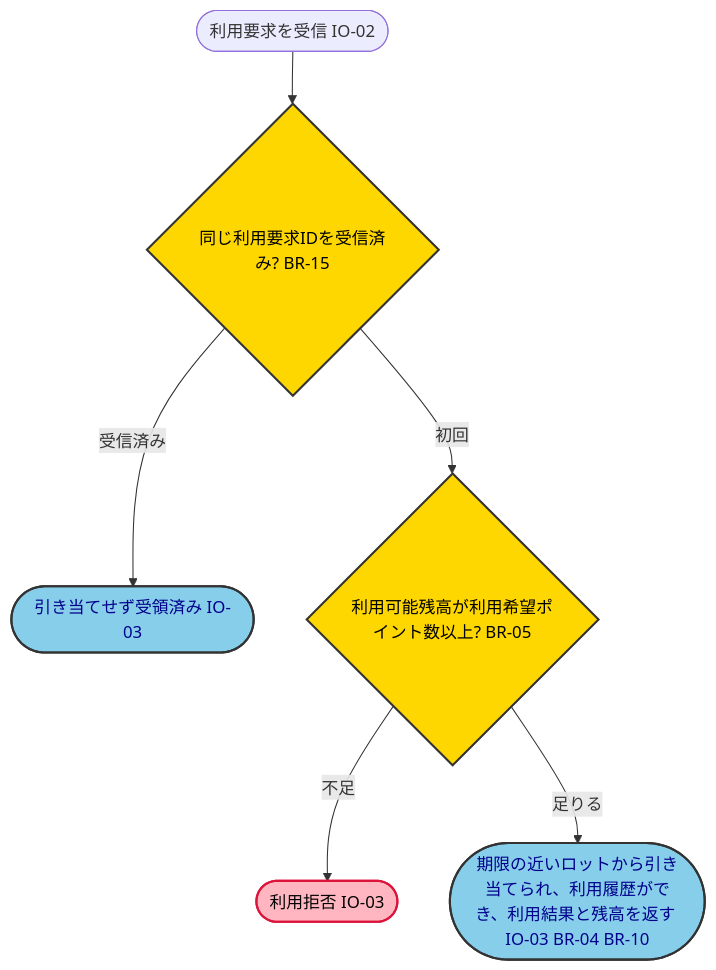
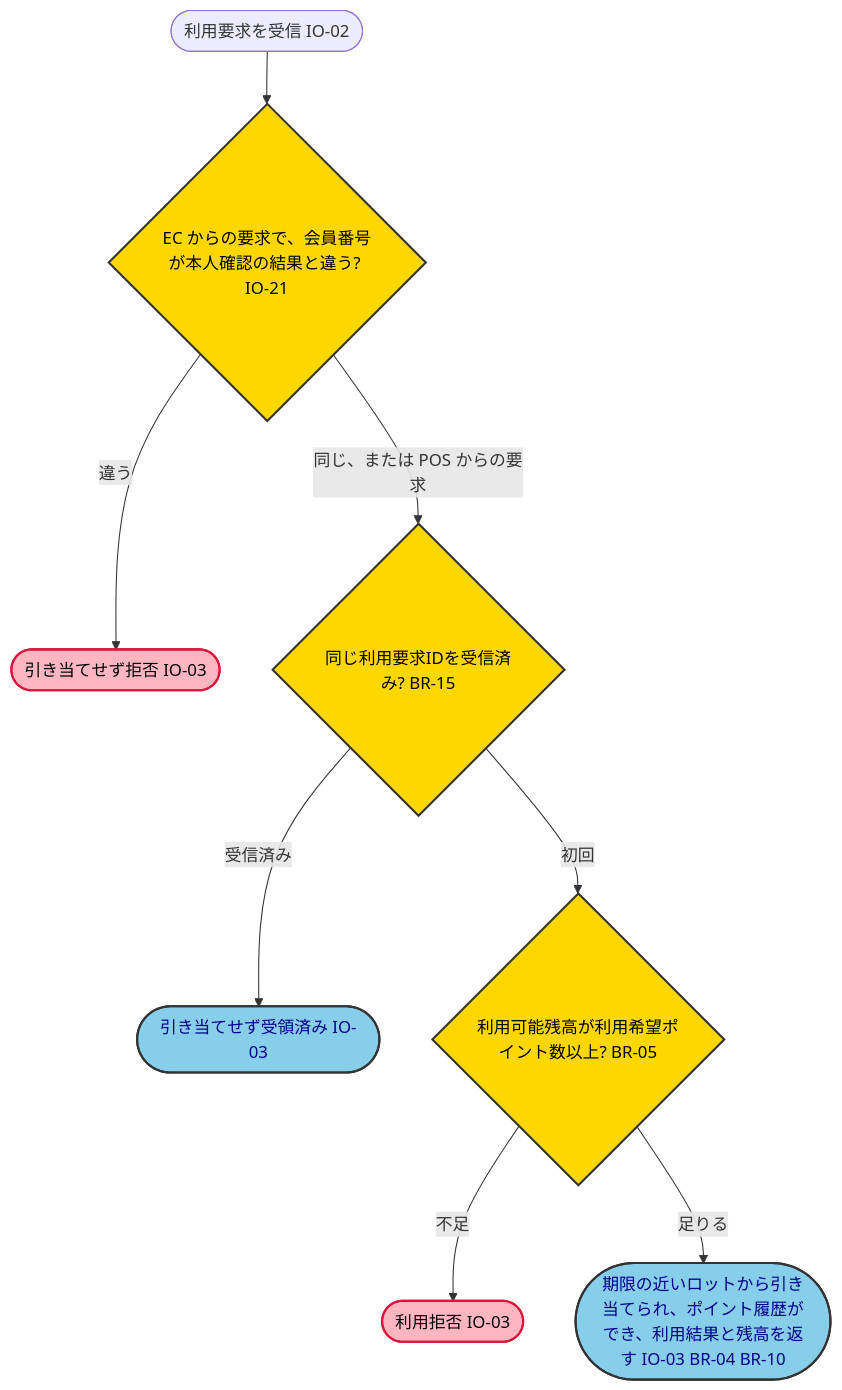
One commit to kasiopeiya/claude-dev-template changed the fourth of 9 diagrams in samples/docs/requirements-detail.md. Above: the diagram before and after it, drawn with Mermaid. The commit also changed other lines of this file and 2 other files, not shown here.

````diff
--- a/samples/docs/requirements-detail.md
+++ b/samples/docs/requirements-detail.md
@@ -569,15 +621,17 @@
 ```mermaid
 flowchart TD
-    start(["利用要求を受信 IO-02"]) --> dup{"同じ利用要求IDを受信済み? BR-15"}
+    start(["利用要求を受信 IO-02"]) --> auth{"EC からの要求で、会員番号が本人確認の結果と違う? IO-21"}
+    auth -->|違う| deny(["引き当てせず拒否 IO-03"])
+    auth -->|同じ、または POS からの要求| dup{"同じ利用要求IDを受信済み? BR-15"}
     dup -->|受信済み| ack(["引き当てせず受領済み IO-03"])
     dup -->|初回| enough{"利用可能残高が利用希望ポイント数以上? BR-05"}
     enough -->|不足| reject(["利用拒否 IO-03"])
-    enough -->|足りる| used(["期限の近いロットから引き当てられ、利用履歴ができ、利用結果と残高を返す IO-03 BR-04 BR-10"])
+    enough -->|足りる| used(["期限の近いロットから引き当てられ、ポイント履歴ができ、利用結果と残高を返す IO-03 BR-04 BR-10"])
 
     classDef decision fill:#FFD700,stroke:#333,stroke-width:2px,color:black
     classDef result fill:#87CEEB,stroke:#333,stroke-width:2px,color:darkblue
     classDef error fill:#FFB6C1,stroke:#DC143C,stroke-width:2px,color:black
-    class dup,enough decision
+    class auth,dup,enough decision
     class ack,used result
-    class reject error
+    class deny,reject error
 ```
````
